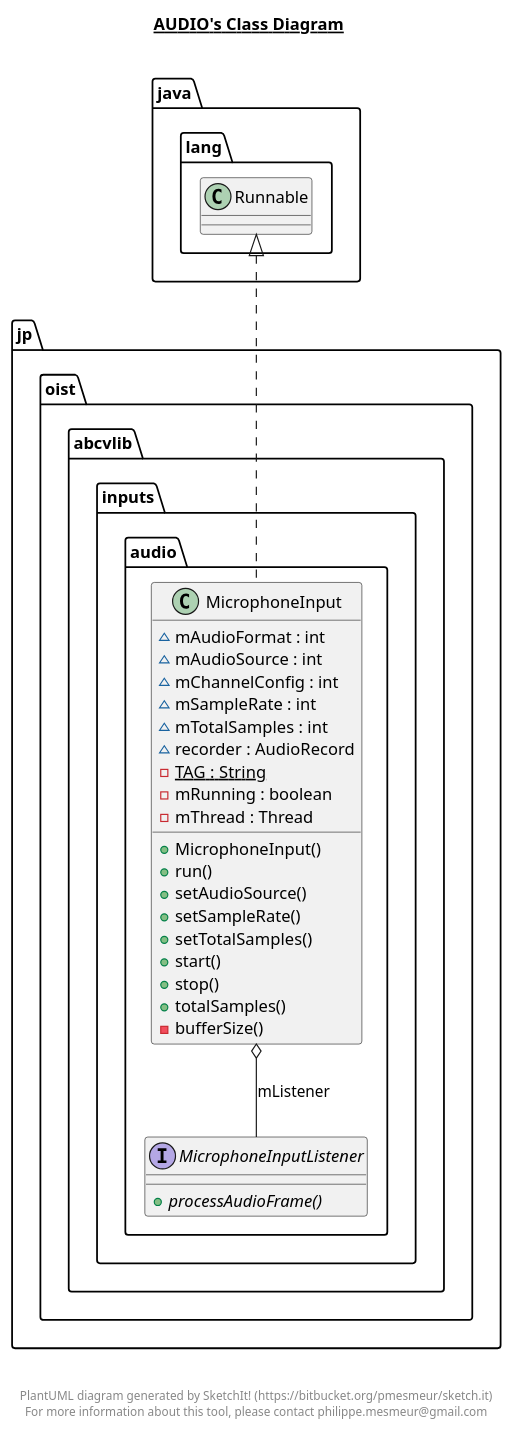
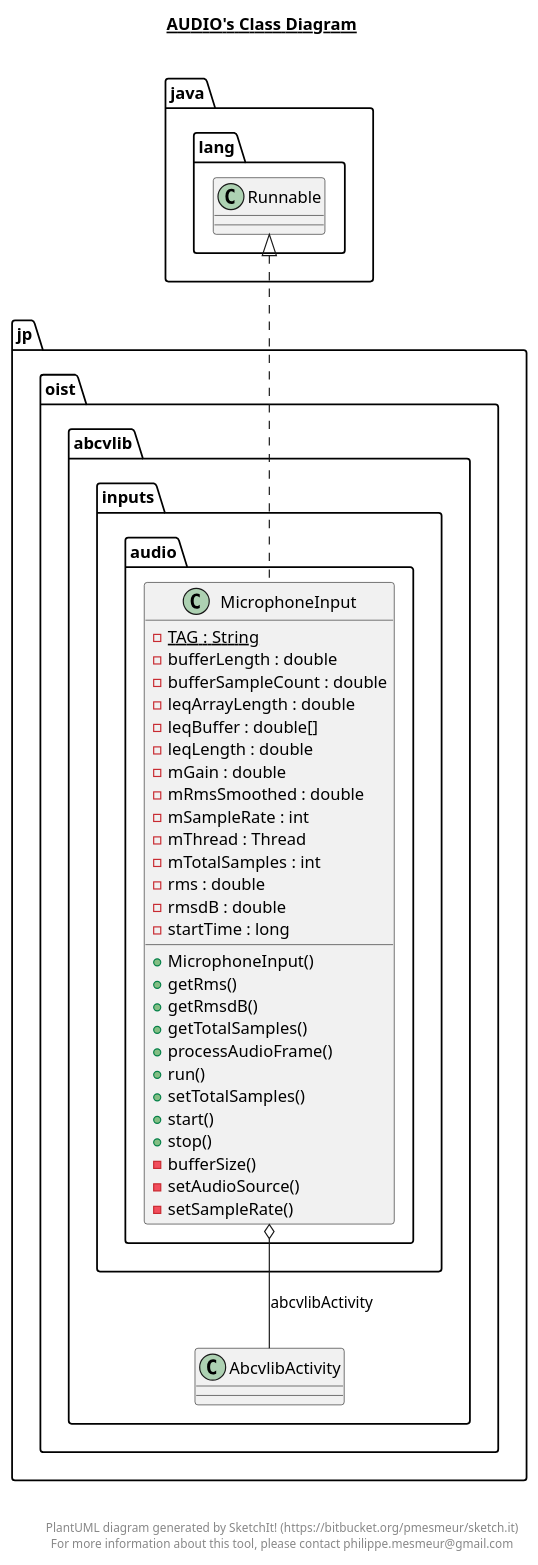
One commit to oist/smartphone-robot-android changed the diagram in abcvlib/src/main/java/jp/oist/abcvlib/inputs/audio/audio.plantuml. Above: the diagram before and after it, drawn with PlantUML. The commit also changed 87 other files, not shown here.

```diff
--- a/abcvlib/src/main/java/jp/oist/abcvlib/inputs/audio/audio.plantuml
+++ b/abcvlib/src/main/java/jp/oist/abcvlib/inputs/audio/audio.plantuml
@@ -1,55 +1,52 @@
 @startuml
 
 title __AUDIO's Class Diagram__\n
 
   namespace jp.oist.abcvlib {
     namespace inputs {
       namespace audio {
         class jp.oist.abcvlib.inputs.audio.MicrophoneInput {
-            ~ mAudioFormat : int
-            ~ mAudioSource : int
-            ~ mChannelConfig : int
-            ~ mSampleRate : int
-            ~ mTotalSamples : int
-            ~ recorder : AudioRecord
             {static} - TAG : String
-            - mRunning : boolean
+            - bufferLength : double
+            - bufferSampleCount : double
+            - leqArrayLength : double
+            - leqBuffer : double[]
+            - leqLength : double
+            - mGain : double
+            - mRmsSmoothed : double
+            - mSampleRate : int
             - mThread : Thread
+            - mTotalSamples : int
+            - rms : double
+            - rmsdB : double
+            - startTime : long
             + MicrophoneInput()
+            + getRms()
+            + getRmsdB()
+            + getTotalSamples()
+            + processAudioFrame()
             + run()
-            + setAudioSource()
-            + setSampleRate()
             + setTotalSamples()
             + start()
             + stop()
-            + totalSamples()
             - bufferSize()
-        }
-      }
-    }
-  }
-  
-
-  namespace jp.oist.abcvlib {
-    namespace inputs {
-      namespace audio {
-        interface jp.oist.abcvlib.inputs.audio.MicrophoneInputListener {
-            {abstract} + processAudioFrame()
+            - setAudioSource()
+            - setSampleRate()
         }
       }
     }
   }
   
 
   jp.oist.abcvlib.inputs.audio.MicrophoneInput .up.|> java.lang.Runnable
-  jp.oist.abcvlib.inputs.audio.MicrophoneInput o-- jp.oist.abcvlib.inputs.audio.MicrophoneInputListener : mListener
+  jp.oist.abcvlib.inputs.audio.MicrophoneInput o-- jp.oist.abcvlib.AbcvlibActivity : abcvlibActivity
 
 
 right footer
 
 
 PlantUML diagram generated by SketchIt! (https://bitbucket.org/pmesmeur/sketch.it)
 For more information about this tool, please contact philippe.mesmeur@gmail.com
 endfooter
 
 @enduml
```
